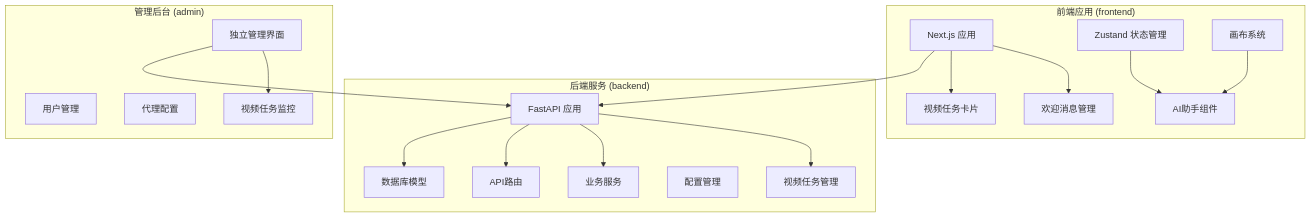
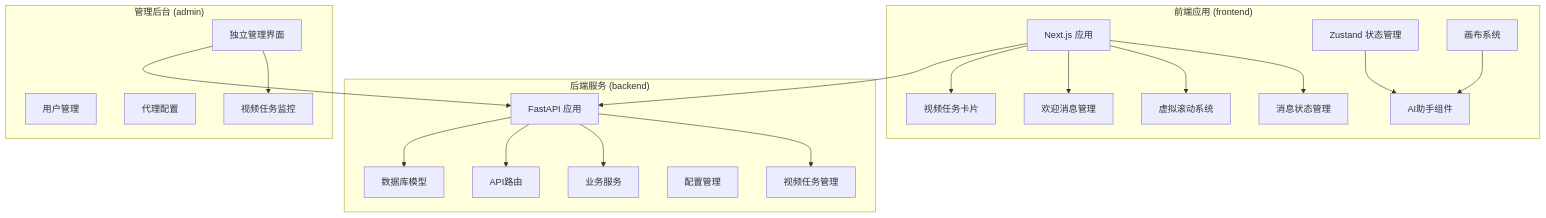
The first of 26 diagrams in .qoder/repowiki/zh/content/前端应用架构/状态管理/Zustand Store 设计/增强的AI助手存储.md (KunLabAI/KunFlix), drawn with Mermaid before and after one commit. The commit also changed other lines of this file and 22 other files, not shown here.

````diff
--- a/.qoder/repowiki/zh/content/前端应用架构/状态管理/Zustand Store 设计/增强的AI助手存储.md
+++ b/.qoder/repowiki/zh/content/前端应用架构/状态管理/Zustand Store 设计/增强的AI助手存储.md
@@ -66,36 +74,40 @@
 ```mermaid
 graph TB
 subgraph "后端服务 (backend)"
 A[FastAPI 应用]
 B[数据库模型]
 C[API路由]
 D[业务服务]
 E[配置管理]
 F[视频任务管理]
 end
 subgraph "前端应用 (frontend)"
 G[Next.js 应用]
 H[Zustand 状态管理]
 I[AI助手组件]
 J[画布系统]
 K[视频任务卡片]
 L[欢迎消息管理]
+M[虚拟滚动系统]
+N[消息状态管理]
 end
 subgraph "管理后台 (admin)"
-M[独立管理界面]
-N[用户管理]
-O[代理配置]
-P[视频任务监控]
+O[独立管理界面]
+P[用户管理]
+Q[代理配置]
+R[视频任务监控]
 end
 A --> B
 A --> C
 A --> D
 A --> F
 G --> A
 G --> K
 G --> L
-M --> A
-M --> P
+G --> M
+G --> N
+O --> A
+O --> R
 H --> I
 J --> I
 ```
````
